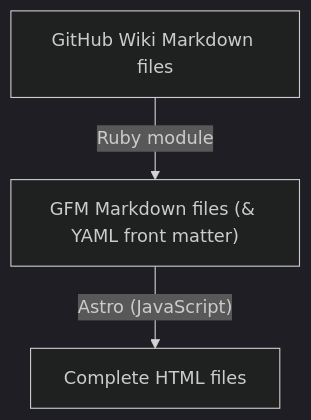
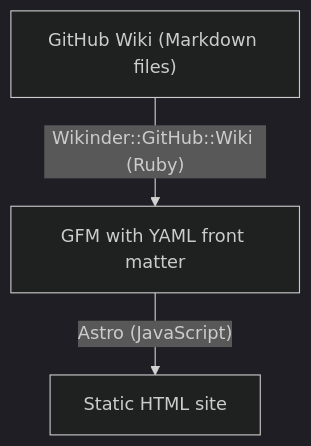
The diagram in README.md (yuuki7/github-wiki-to-html), drawn with Mermaid (dark theme) before and after one commit. The commit also changed other lines of this file, not shown here.

````diff
--- a/README.md
+++ b/README.md
@@ -35,5 +31,5 @@
 ```mermaid
 graph TD
-    A["GitHub Wiki Markdown files"] -->|"Ruby module"| B["GFM Markdown files (& YAML front matter)"]
-    B -->|"Astro (JavaScript)"| C["Complete HTML files"]
+    A["GitHub Wiki (Markdown files)"] -->|"Wikinder::GitHub::Wiki (Ruby)"| B["GFM with YAML front matter"]
+    B -->|"Astro (JavaScript)"| C["Static HTML site"]
 ```
````
